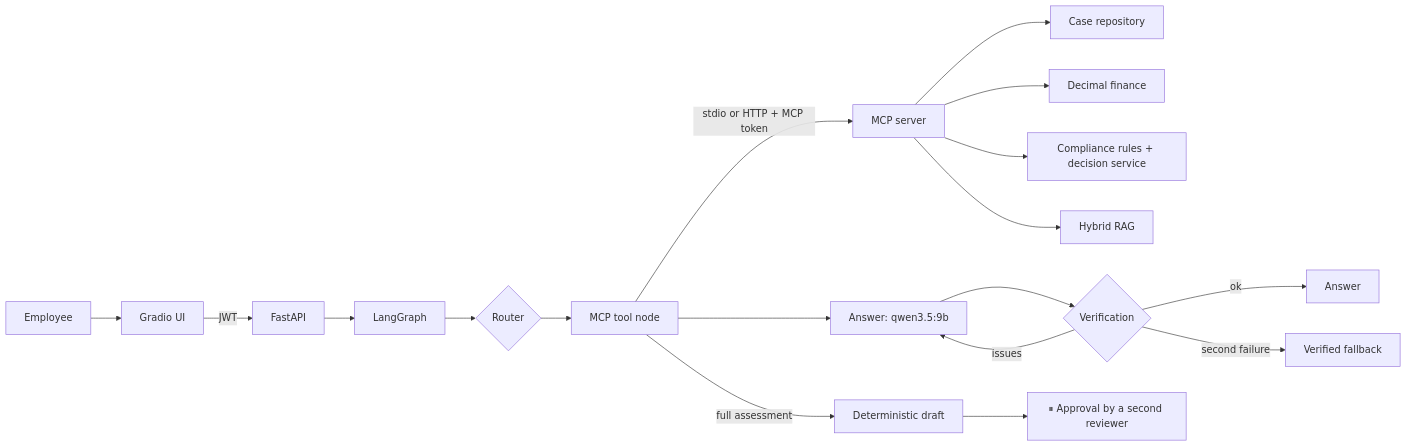
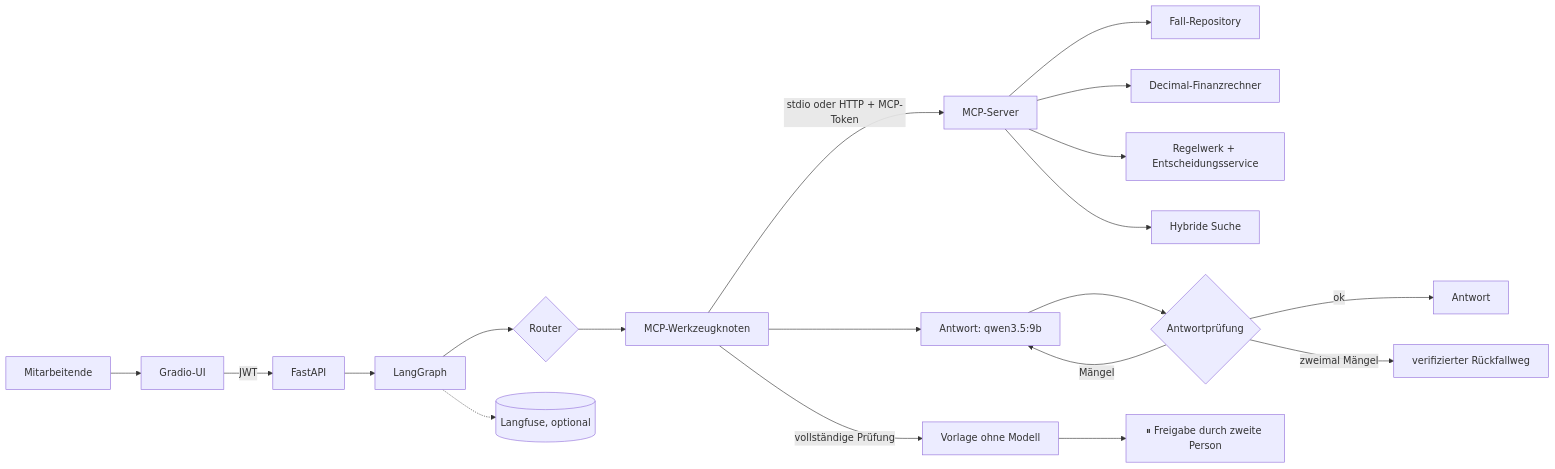
Before and after one commit to Maik-Huebner/secure-enterprise-ai-assistant: the diagram in README.md, drawn with Mermaid. The commit also changed other lines of this file and 5 other files, not shown here.

````diff
--- a/README.md
+++ b/README.md
@@ -48,20 +52,21 @@
 ```mermaid
 flowchart LR
-    U[Employee] --> UI[Gradio UI]
+    U[Mitarbeitende] --> UI[Gradio-UI]
     UI -->|JWT| API[FastAPI]
     API --> G[LangGraph]
     G --> R{Router}
-    R --> T[MCP tool node]
-    T -->|stdio or HTTP + MCP token| M[MCP server]
-    M --> C[Case repository]
-    M --> N[Decimal finance]
-    M --> P[Compliance rules + decision service]
-    M --> H[Hybrid RAG]
-    T --> A[Answer: qwen3.5:9b]
-    A --> V{Verification}
-    V -->|ok| OUT[Answer]
-    V -->|issues| A
-    V -->|second failure| FB[Verified fallback]
-    T -->|full assessment| D[Deterministic draft]
-    D --> HR[⏸ Approval by a second reviewer]
+    R --> T[MCP-Werkzeugknoten]
+    T -->|stdio oder HTTP + MCP-Token| M[MCP-Server]
+    M --> C[Fall-Repository]
+    M --> N[Decimal-Finanzrechner]
+    M --> P[Regelwerk + Entscheidungsservice]
+    M --> H[Hybride Suche]
+    T --> A[Antwort: qwen3.5:9b]
+    A --> V{Antwortprüfung}
+    V -->|ok| OUT[Antwort]
+    V -->|Mängel| A
+    V -->|zweimal Mängel| FB[verifizierter Rückfallweg]
+    T -->|vollständige Prüfung| D[Vorlage ohne Modell]
+    D --> HR[⏸ Freigabe durch zweite Person]
+    G -.-> LF[(Langfuse, optional)]
 ```
````
